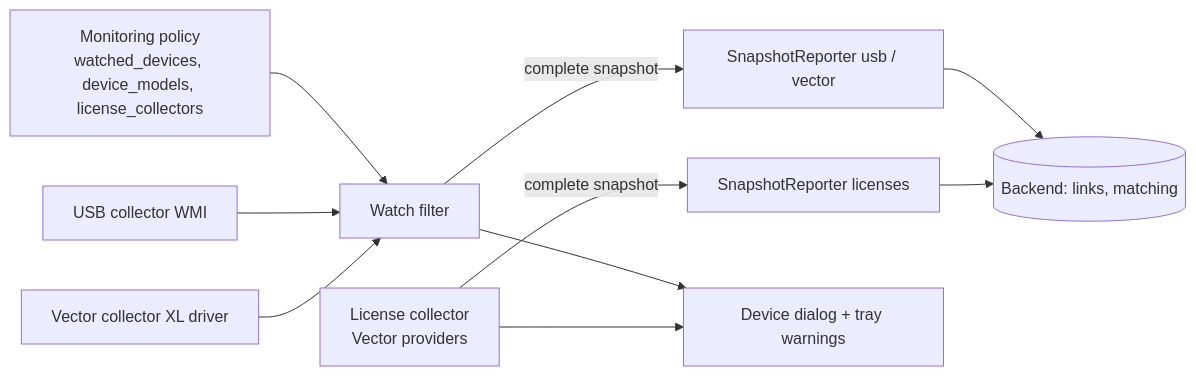
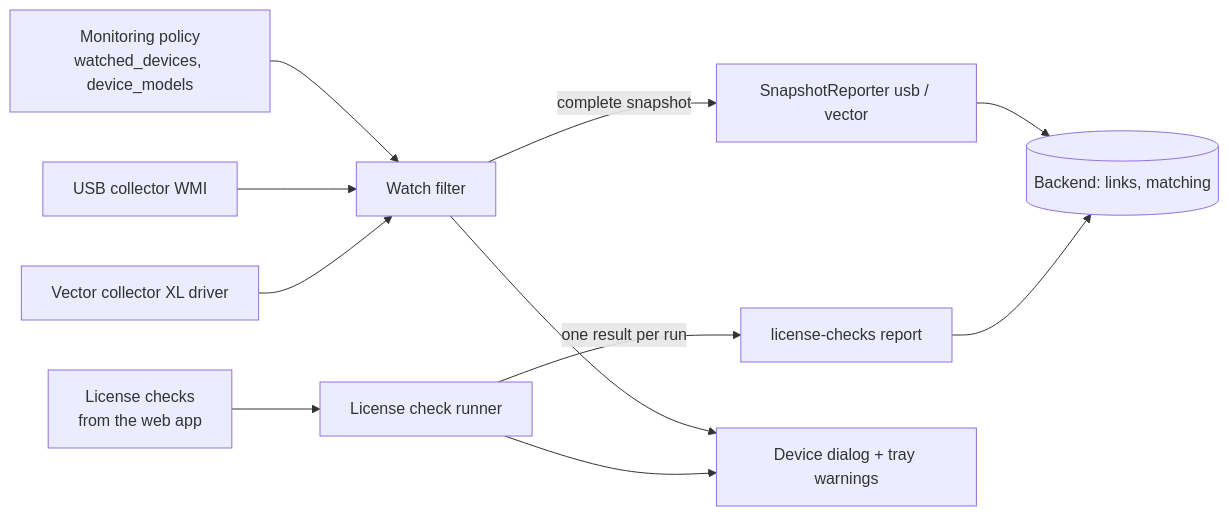
One commit to angustino88/agent changed the diagram in docs/design/bench-device-and-license-monitoring.md. Above: the diagram before and after it, drawn with Mermaid. The commit also changed other lines of this file and 35 other files, not shown here.

First line of the commit message:
Generalise license monitoring into configurable license checks

````diff
--- a/docs/design/bench-device-and-license-monitoring.md
+++ b/docs/design/bench-device-and-license-monitoring.md
@@ -50,12 +50,13 @@
 ```mermaid
 flowchart LR
-    P[Monitoring policy<br/>watched_devices, device_models, license_collectors] --> F[Watch filter]
+    P[Monitoring policy<br/>watched_devices, device_models] --> F[Watch filter]
     U[USB collector WMI] --> F
     V[Vector collector XL driver] --> F
     F -->|complete snapshot| R1[SnapshotReporter usb / vector]
-    L[License collector<br/>Vector providers] -->|complete snapshot| R2[SnapshotReporter licenses]
+    C[License checks<br/>from the web app] --> L[License check runner]
+    L -->|one result per run| R2[license-checks report]
     R1 --> B[(Backend: links, matching)]
     R2 --> B
     F --> UI[Device dialog + tray warnings]
     L --> UI
 ```
````
